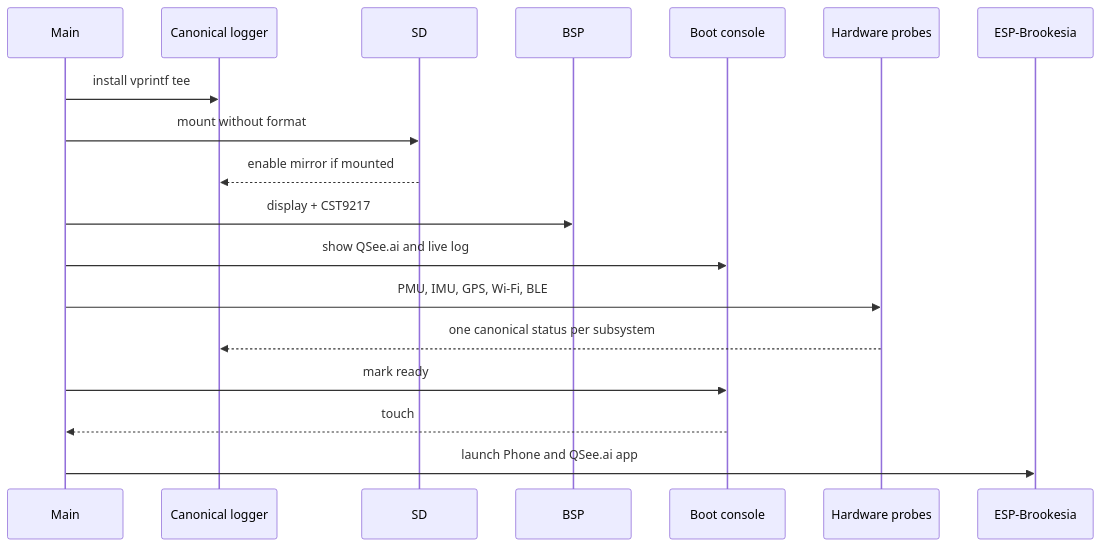
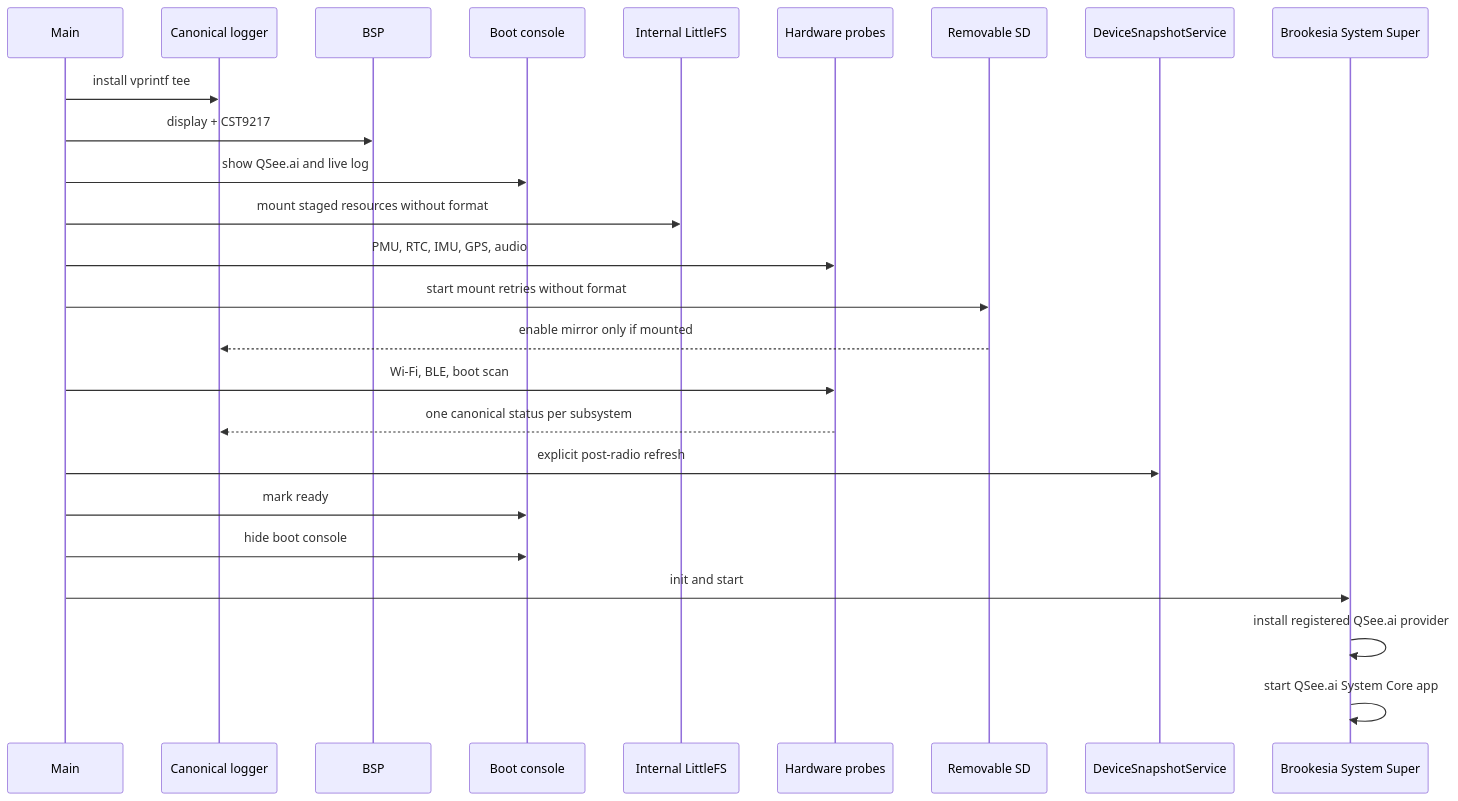
One commit to umbertotechnopreneur/esp32-luna-shell changed the second of 2 diagrams in docs/architecture/startup-and-logger.md. Above: the diagram before and after it, drawn with Mermaid. The commit also changed other lines of this file and 496 other files, not shown here.

Commit message:
refactor(ui): migrate to ESP-Brookesia 0.8 System Super

````diff
--- a/docs/architecture/startup-and-logger.md
+++ b/docs/architecture/startup-and-logger.md
@@ -22,21 +22,28 @@
 ```mermaid
 sequenceDiagram
     participant Main
     participant Log as Canonical logger
-    participant SD
     participant BSP
     participant UI as Boot console
+    participant LFS as Internal LittleFS
     participant HW as Hardware probes
-    participant B as ESP-Brookesia
+    participant SD as Removable SD
+    participant Snap as DeviceSnapshotService
+    participant Super as Brookesia System Super
 
     Main->>Log: install vprintf tee
-    Main->>SD: mount without format
-    SD-->>Log: enable mirror if mounted
     Main->>BSP: display + CST9217
     Main->>UI: show QSee.ai and live log
-    Main->>HW: PMU, IMU, GPS, Wi-Fi, BLE
+    Main->>LFS: mount staged resources without format
+    Main->>HW: PMU, RTC, IMU, GPS, audio
+    Main->>SD: start mount retries without format
+    SD-->>Log: enable mirror only if mounted
+    Main->>HW: Wi-Fi, BLE, boot scan
     HW-->>Log: one canonical status per subsystem
+    Main->>Snap: explicit post-radio refresh
     Main->>UI: mark ready
-    UI-->>Main: touch
-    Main->>B: launch Phone and QSee.ai app
+    Main->>UI: hide boot console
+    Main->>Super: init and start
+    Super->>Super: install registered QSee.ai provider
+    Super->>Super: start QSee.ai System Core app
 ```
````
